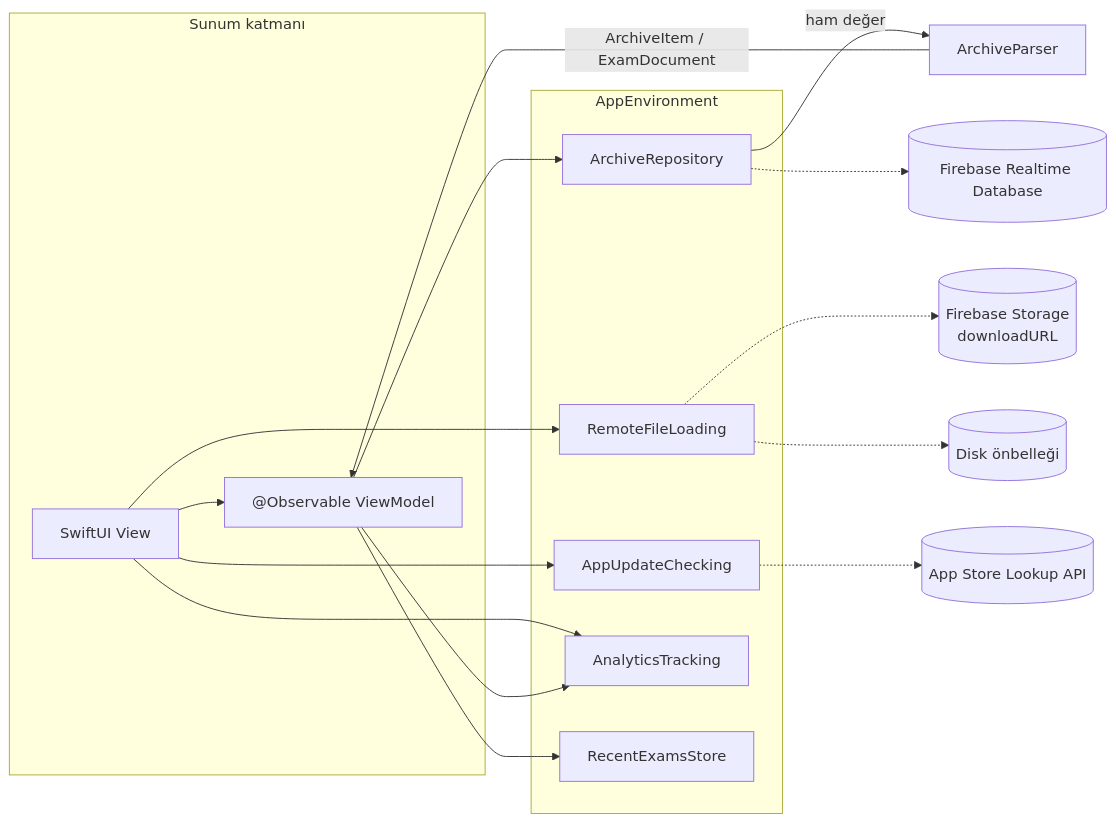
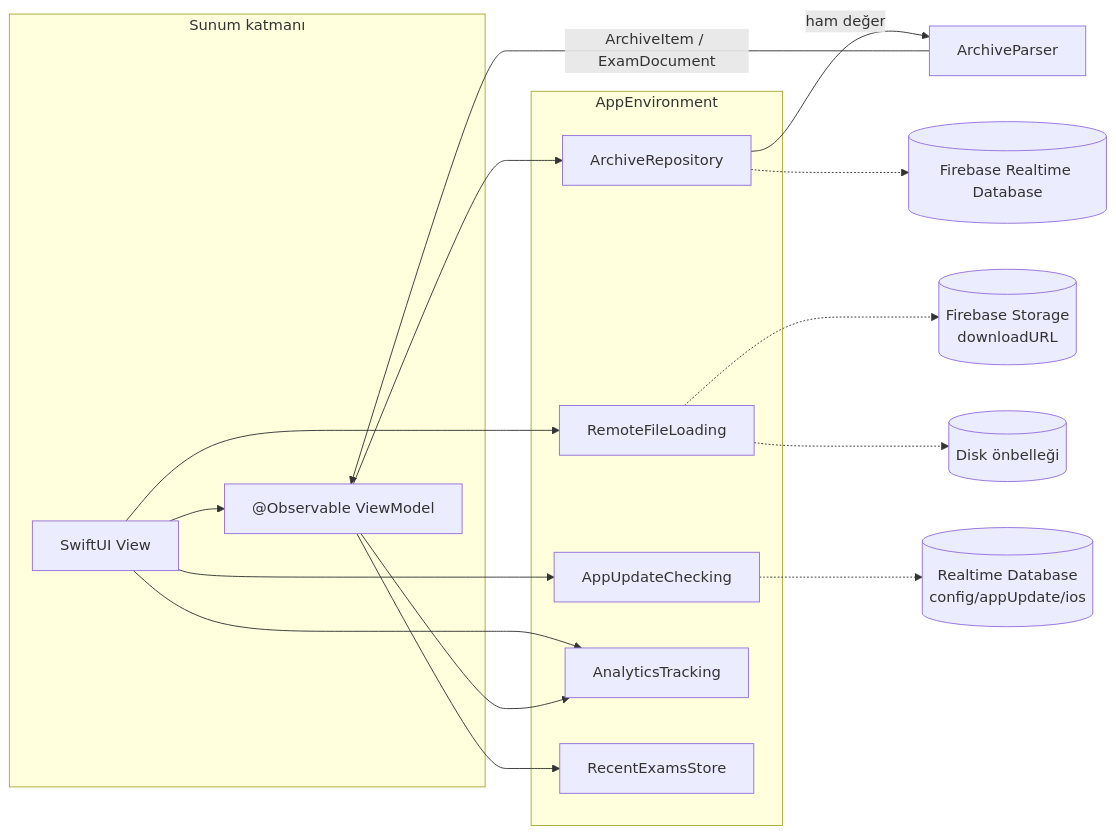
One commit to emrebuyuker/ViFiIos changed the diagram in README.md. Above: the diagram before and after it, drawn with Mermaid. The commit also changed other lines of this file and 21 other files, not shown here.

````diff
--- a/README.md
+++ b/README.md
@@ -81,20 +81,20 @@
 ```mermaid
 flowchart LR
     subgraph UI["Sunum katmanı"]
         V["SwiftUI View"] --> VM["@Observable ViewModel"]
     end
     subgraph DI["AppEnvironment"]
         R["ArchiveRepository"]
         F["RemoteFileLoading"]
         U["AppUpdateChecking"]
         A["AnalyticsTracking"]
         S["RecentExamsStore"]
     end
     V --> F & U & A
     VM --> R & S & A
     R -->|"ham değer"| P["ArchiveParser"] -->|"ArchiveItem / ExamDocument"| VM
     R -.-> DB[("Firebase Realtime Database")]
     F -.-> ST[("Firebase Storage<br/>downloadURL")]
     F -.-> C[("Disk önbelleği")]
-    U -.-> AS[("App Store Lookup API")]
+    U -.-> CFG[("Realtime Database<br/>config/appUpdate/ios")]
 ```
````
